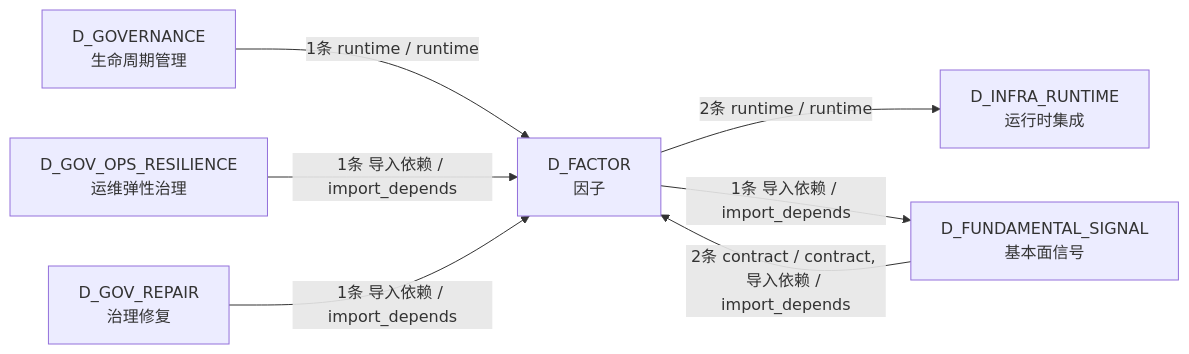
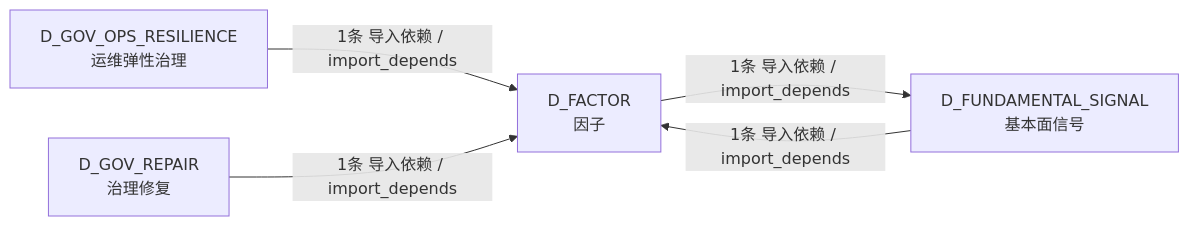
The fourth of 4 diagrams in docs/02_enterprise_architecture/02_domain_architecture_docs/36_d_factor.md (xuanFelixVan/ZephyrAlpha), drawn with Mermaid before and after one commit. The commit also changed other lines of this file and 126 other files, not shown here.

````diff
--- a/docs/02_enterprise_architecture/02_domain_architecture_docs/36_d_factor.md
+++ b/docs/02_enterprise_architecture/02_domain_architecture_docs/36_d_factor.md
@@ -207,15 +190,11 @@
 ```mermaid
 graph LR
     D_FACTOR["D_FACTOR<br/>因子"]
-    D_INFRA_RUNTIME["D_INFRA_RUNTIME<br/>运行时集成"]
     D_FUNDAMENTAL_SIGNAL["D_FUNDAMENTAL_SIGNAL<br/>基本面信号"]
-    D_GOVERNANCE["D_GOVERNANCE<br/>生命周期管理"]
     D_GOV_OPS_RESILIENCE["D_GOV_OPS_RESILIENCE<br/>运维弹性治理"]
     D_GOV_REPAIR["D_GOV_REPAIR<br/>治理修复"]
-    D_FACTOR -->|2条 runtime / runtime| D_INFRA_RUNTIME
     D_FACTOR -->|1条 导入依赖 / import_depends| D_FUNDAMENTAL_SIGNAL
-    D_FUNDAMENTAL_SIGNAL -->|2条 contract / contract, 导入依赖 / import_depends| D_FACTOR
-    D_GOVERNANCE -->|1条 runtime / runtime| D_FACTOR
+    D_FUNDAMENTAL_SIGNAL -->|1条 导入依赖 / import_depends| D_FACTOR
     D_GOV_OPS_RESILIENCE -->|1条 导入依赖 / import_depends| D_FACTOR
     D_GOV_REPAIR -->|1条 导入依赖 / import_depends| D_FACTOR
 ```
````
